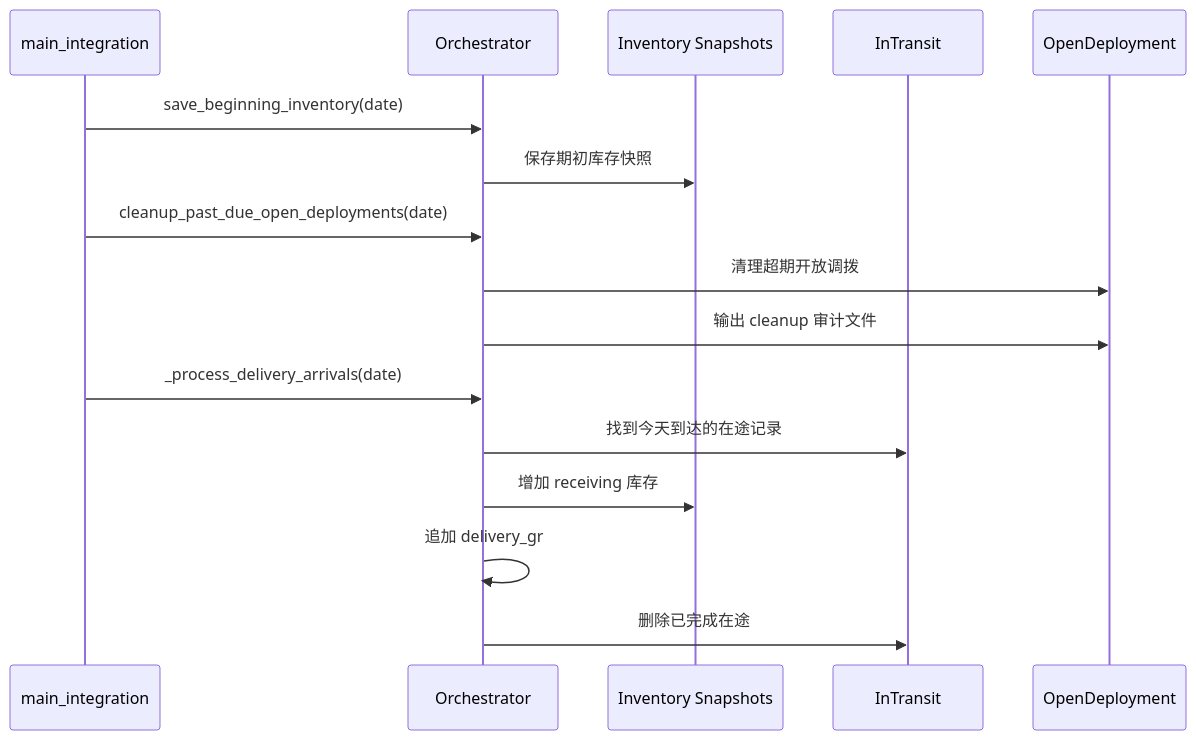
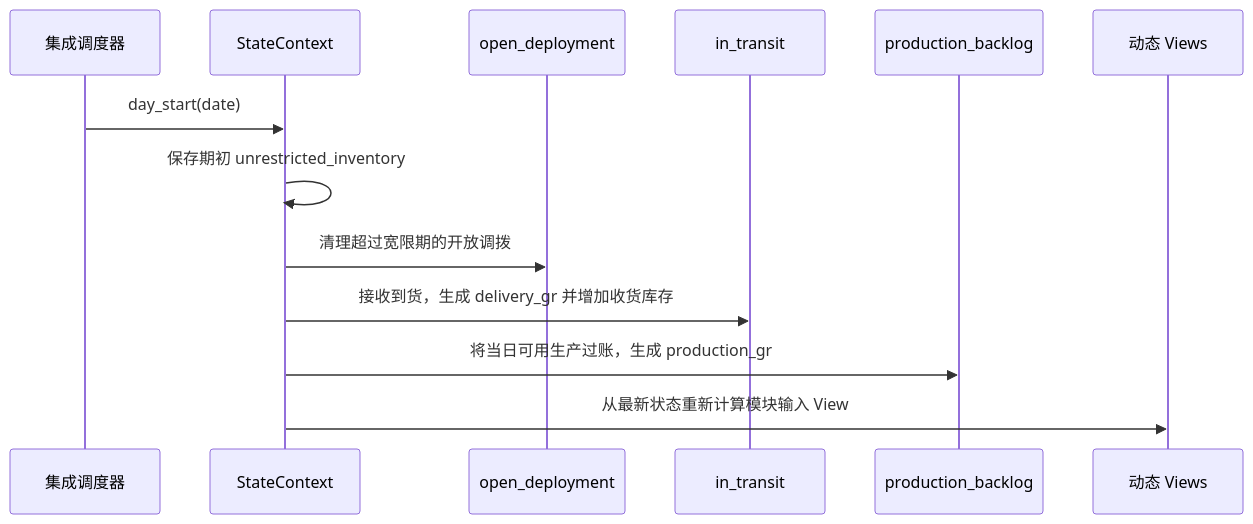
The third of 9 diagrams in docs/architecture/module_sequence_diagrams.md (senzhang-ps/chainsight), drawn with Mermaid before and after one commit. The commit also changed other lines of this file and 14 other files, not shown here.

````diff
--- a/docs/architecture/module_sequence_diagrams.md
+++ b/docs/architecture/module_sequence_diagrams.md
@@ -103,21 +122,16 @@
 ```mermaid
 sequenceDiagram
-    participant MAIN as main_integration
-    participant ORC as Orchestrator
-    participant INV as Inventory Snapshots
-    participant TRANSIT as InTransit
-    participant OPEN as OpenDeployment
+    participant I as 集成调度器
+    participant S as StateContext
+    participant OD as open_deployment
+    participant T as in_transit
+    participant B as production_backlog
+    participant V as 动态 Views
 
-    MAIN->>ORC: save_beginning_inventory(date)
-    ORC->>INV: 保存期初库存快照
-
-    MAIN->>ORC: cleanup_past_due_open_deployments(date)
-    ORC->>OPEN: 清理超期开放调拨
-    ORC->>OPEN: 输出 cleanup 审计文件
-
-    MAIN->>ORC: _process_delivery_arrivals(date)
-    ORC->>TRANSIT: 找到今天到达的在途记录
-    ORC->>INV: 增加 receiving 库存
-    ORC->>ORC: 追加 delivery_gr
-    ORC->>TRANSIT: 删除已完成在途
+    I->>S: day_start(date)
+    S->>S: 保存期初 unrestricted_inventory
+    S->>OD: 清理超过宽限期的开放调拨
+    S->>T: 接收到货，生成 delivery_gr 并增加收货库存
+    S->>B: 将当日可用生产过账，生成 production_gr
+    S->>V: 从最新状态重新计算模块输入 View
 ```
````
